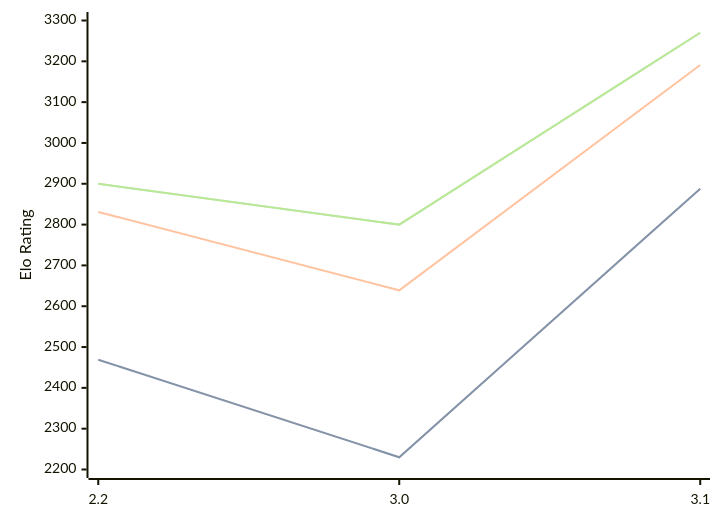
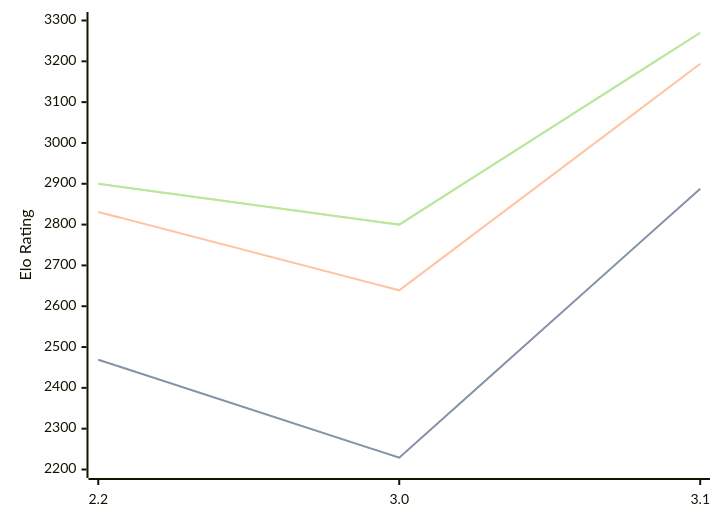
The diagram in engines/Thrawn.md (computer-chess-index/cci), drawn with Mermaid before and after one commit. The commit also changed other lines of this file, not shown here.

````diff
--- a/engines/Thrawn.md
+++ b/engines/Thrawn.md
@@ -33,11 +33,11 @@
 ```mermaid
 %%{init: {"theme":"base","themeVariables":{"seriesColors:['#a3a3a3','#222221','#faa371']}}}%%
 xychart-beta
   x-axis ["2.2", "3.0", "3.1"]
   y-axis "Elo Rating" 2200 --> 3300
-  line "" [2469, 2230, 2888]
-  line "STC (8.0+0.08s)" [2469, 2230, 2888]
-  line "LTC (60.0+0.60s)" [2831, 2639, 3191]
+  line "" [2469, 2229, 2888]
+  line "STC (8.0+0.08s)" [2469, 2229, 2888]
+  line "LTC (60.0+0.60s)" [2831, 2639, 3194]
   line "" [2900, 2800, 3270]
   line "VLTC (2m24s+1.12s)" [2900, 2800, 3270]
 ```
````
